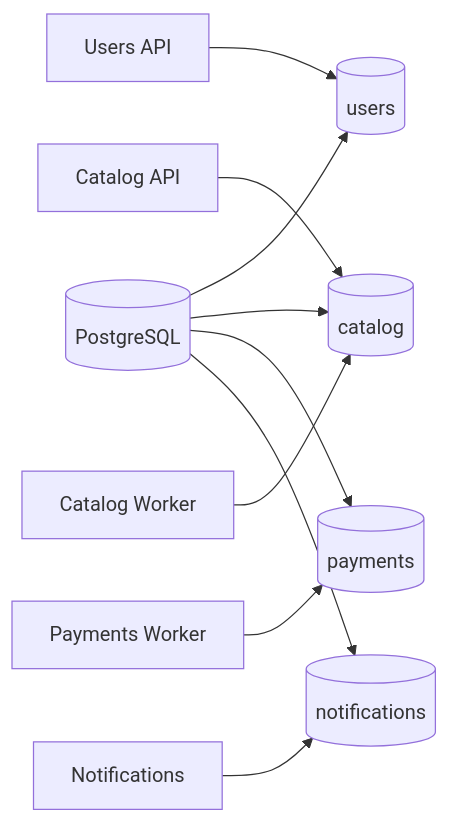
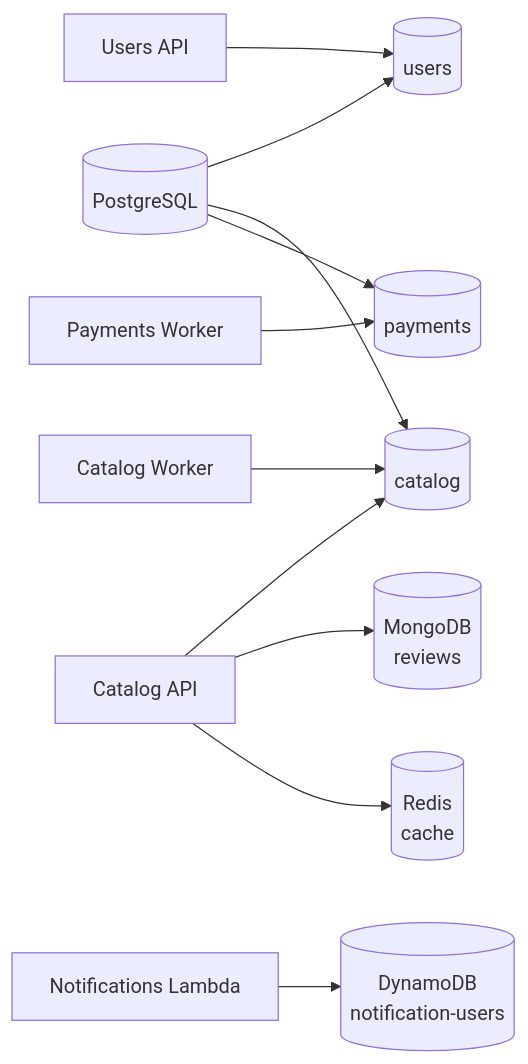
The fifth of 5 diagrams in docs/arquitetura-microservicos.md (IgorAnthonyy/FIAP-Cloud-Games), drawn with Mermaid before and after one commit. The commit also changed other lines of this file, not shown here.

````diff
--- a/docs/arquitetura-microservicos.md
+++ b/docs/arquitetura-microservicos.md
@@ -226,14 +284,20 @@
 ```mermaid
 flowchart LR
     postgres[(PostgreSQL)]
     postgres --> usersDb[(users)]
     postgres --> catalogDb[(catalog)]
     postgres --> paymentsDb[(payments)]
-    postgres --> notificationsDb[(notifications)]
 
     users[Users API] --> usersDb
     catalog[Catalog API] --> catalogDb
     catalogWorker[Catalog Worker] --> catalogDb
     payments[Payments Worker] --> paymentsDb
-    notifications[Notifications] --> notificationsDb
+
+    mongo[(MongoDB<br/>reviews)]
+    redis[(Redis<br/>cache)]
+    catalog --> mongo
+    catalog --> redis
+
+    dynamo[(DynamoDB<br/>notification-users)]
+    notifications[Notifications Lambda] --> dynamo
 ```
````
